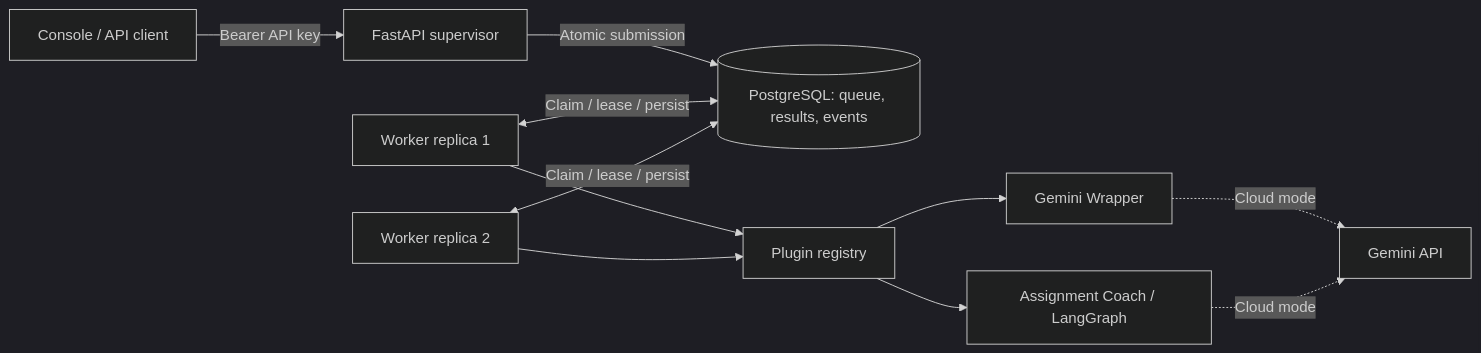
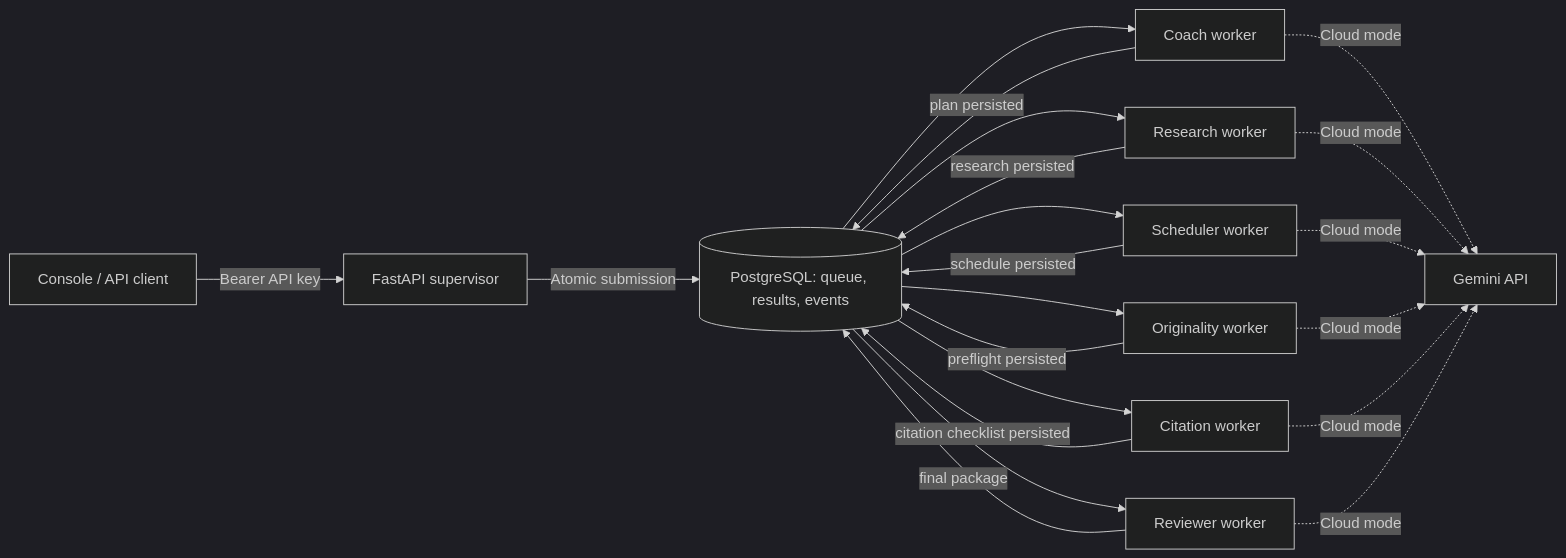
Before and after one commit to usman78654/CloudCrew: the diagram in README.md, drawn with Mermaid (dark theme). The commit also changed other lines of this file and 39 other files, not shown here.

````diff
--- a/README.md
+++ b/README.md
@@ -36,13 +36,23 @@
 ```mermaid
 flowchart LR
     U[Console / API client] -->|Bearer API key| S[FastAPI supervisor]
     S -->|Atomic submission| D[(PostgreSQL: queue, results, events)]
-    W1[Worker replica 1] <-->|Claim / lease / persist| D
-    W2[Worker replica 2] <-->|Claim / lease / persist| D
-    W1 --> P[Plugin registry]
-    W2 --> P
-    P --> G[Gemini Wrapper]
-    P --> C[Assignment Coach / LangGraph]
-    G -. Cloud mode .-> L[Gemini API]
-    C -. Cloud mode .-> L
+    D --> C[Coach worker]
+    C -->|plan persisted| D
+    D --> R[Research worker]
+    D --> T[Scheduler worker]
+    D --> O[Originality worker]
+    R -->|research persisted| D
+    D --> M[Citation worker]
+    T -->|schedule persisted| D
+    O -->|preflight persisted| D
+    M -->|citation checklist persisted| D
+    D --> V[Reviewer worker]
+    V -->|final package| D
+    C -. Cloud mode .-> L[Gemini API]
+    R -. Cloud mode .-> L
+    T -. Cloud mode .-> L
+    O -. Cloud mode .-> L
+    M -. Cloud mode .-> L
+    V -. Cloud mode .-> L
 ```
````
